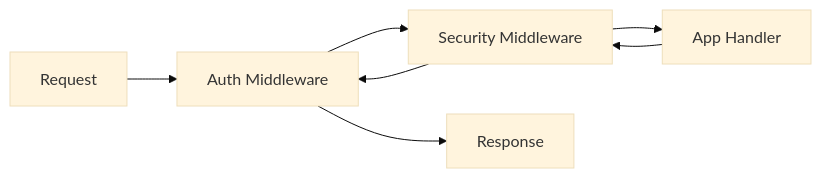
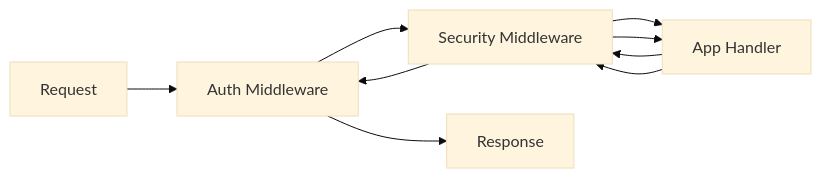
The diagram in Architecture/Core/CORE-05.md (DGCodeIdeas/DGLab), drawn with Mermaid (base theme) before and after one commit. The commit also changed 266 other files, not shown here.

````diff
--- a/Architecture/Core/CORE-05.md
+++ b/Architecture/Core/CORE-05.md
@@ -22,9 +22,11 @@
 ```mermaid
 graph LR
     Req[Request] --> M1[Auth Middleware]
     M1 --> M2[Security Middleware]
     M2 --> M3[App Handler]
     M3 --> M2
+    M2 --> M3
+    M3 --> M2
     M2 --> M1
     M1 --> Res[Response]
 ```
````
